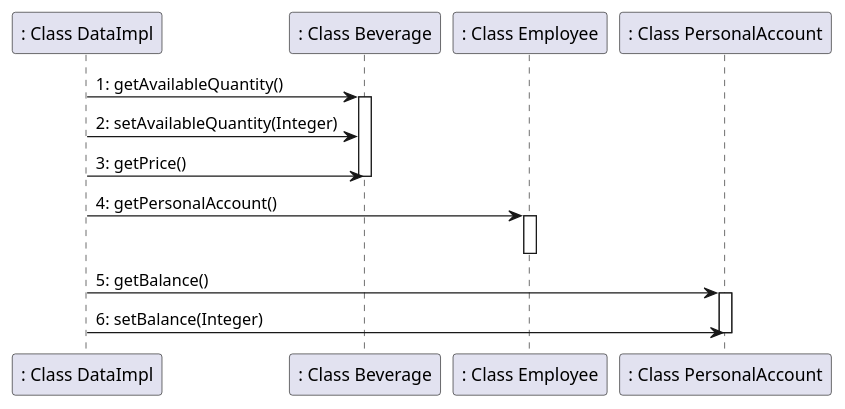
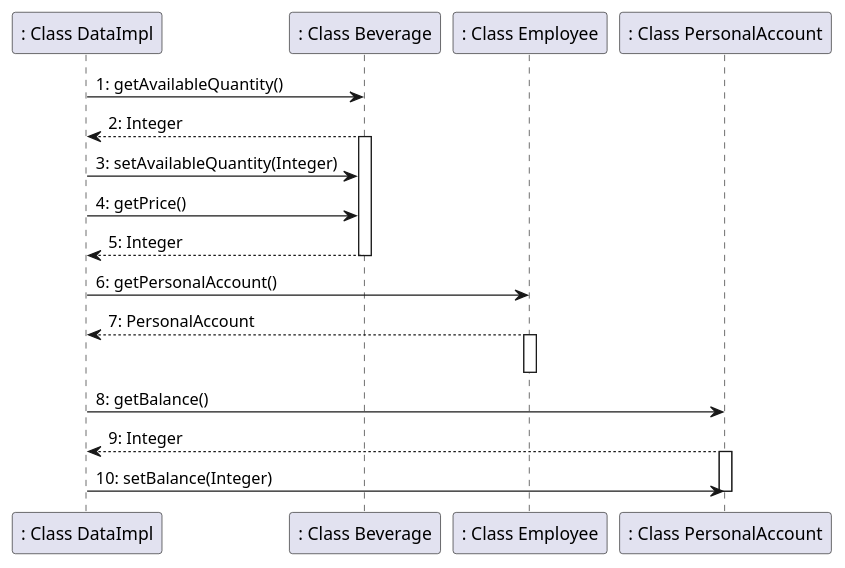
The sixth of 7 diagrams in templates/DesignDocumentTemplate.md (salvatore-dimartino/LaTazza), drawn with PlantUML before and after one commit. The commit also changed other lines of this file, not shown here.

````diff
--- a/templates/DesignDocumentTemplate.md
+++ b/templates/DesignDocumentTemplate.md
@@ -438,14 +438,18 @@
 ```plantuml
 ": Class DataImpl" -> ": Class Beverage": 1: getAvailableQuantity()
+": Class Beverage" --> ": Class DataImpl": 2: Integer
 activate ": Class Beverage"
-": Class DataImpl" -> ": Class Beverage": 2: setAvailableQuantity(Integer)
-": Class DataImpl" -> ": Class Beverage": 3: getPrice()
+": Class DataImpl" -> ": Class Beverage": 3: setAvailableQuantity(Integer)
+": Class DataImpl" -> ": Class Beverage": 4: getPrice()
+": Class Beverage" --> ": Class DataImpl": 5: Integer
 deactivate ": Class Beverage"
-": Class DataImpl" -> ": Class Employee": 4: getPersonalAccount()
+": Class DataImpl" -> ": Class Employee": 6: getPersonalAccount()
+": Class Employee" --> ": Class DataImpl": 7: PersonalAccount
 activate ": Class Employee"
 deactivate ": Class Employee"
-": Class DataImpl" -> ": Class PersonalAccount": 5: getBalance()
+": Class DataImpl" -> ": Class PersonalAccount": 8: getBalance()
+": Class PersonalAccount" --> ": Class DataImpl": 9: Integer
 activate ": Class PersonalAccount"
-": Class DataImpl" -> ": Class PersonalAccount": 6: setBalance(Integer)
+": Class DataImpl" -> ": Class PersonalAccount": 10: setBalance(Integer)
 deactivate ": Class PersonalAccount"
 ```
````
